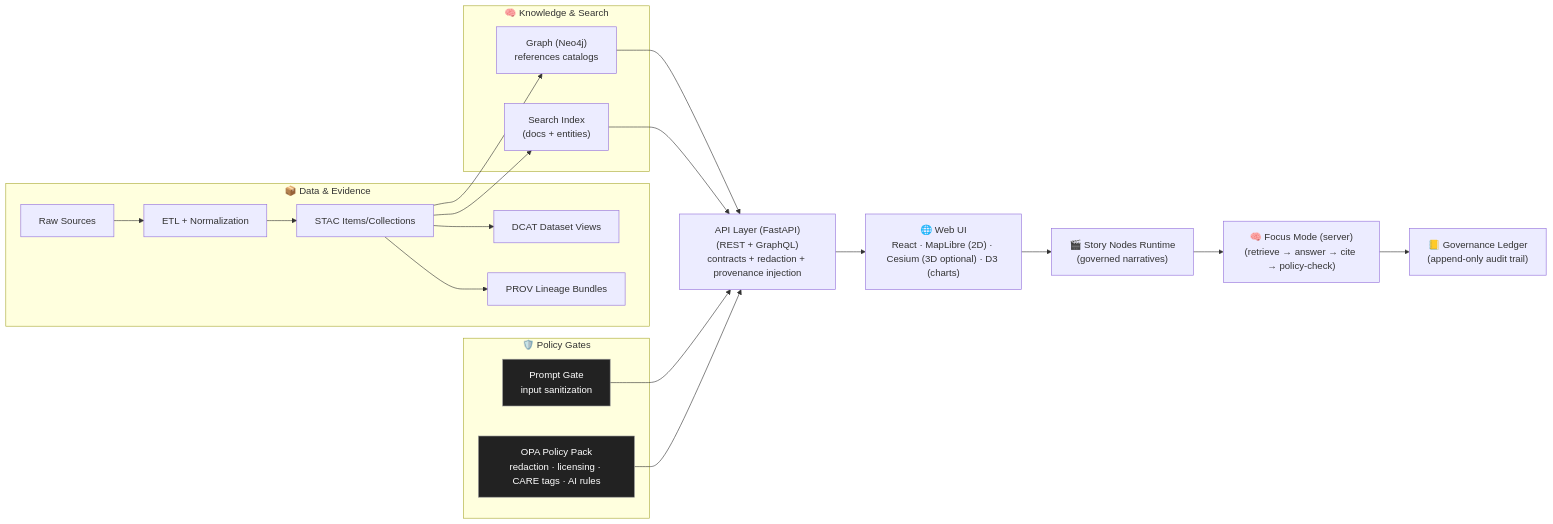
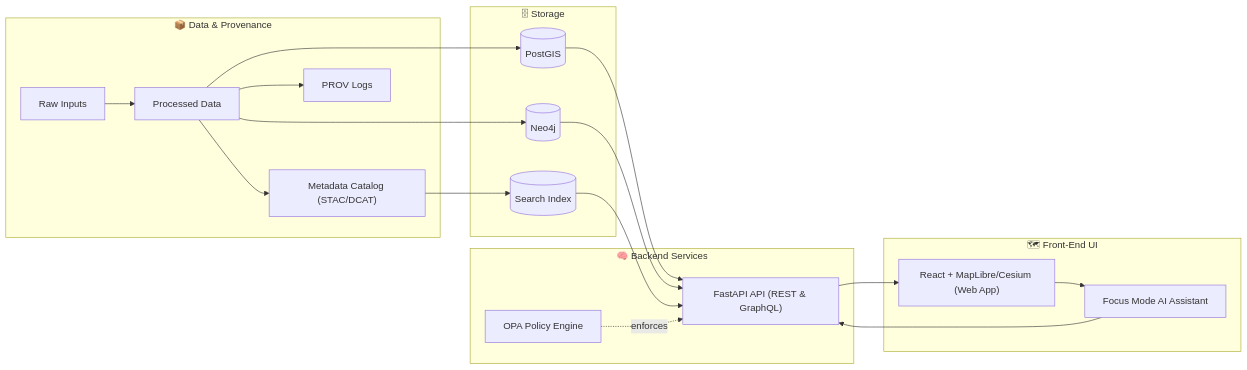
Before and after one commit to bartytime4life/Kansas-Frontier-Matrix: the diagram in web/README.md, drawn with Mermaid. The commit also changed other lines of this file, not shown here.

````diff
--- a/web/README.md
+++ b/web/README.md
@@ -223,31 +31,38 @@
 ```mermaid
 flowchart LR
-  subgraph Data["📦 Data & Evidence"]
-    A["Raw Sources"] --> B["ETL + Normalization"]
-    B --> C["STAC Items/Collections"]
-    C --> D["DCAT Dataset Views"]
-    C --> E["PROV Lineage Bundles"]
+  subgraph Data["📦 Data & Provenance"]
+    raw["Raw Inputs"] --> processed["Processed Data"]
+    processed --> catalog["Metadata Catalog (STAC/DCAT)"]
+    processed --> prov["PROV Logs"]
   end
 
-  subgraph Index["🧠 Knowledge & Search"]
-    C --> G["Graph (Neo4j)<br/>references catalogs"]
-    C --> S["Search Index<br/>(docs + entities)"]
+  subgraph Stores["🗄 Storage"]
+    postgis[(PostGIS)]
+    neo4j[(Neo4j)]
+    search[(Search Index)]
   end
 
-  subgraph Gates["🛡️ Policy Gates"]
-    PG["Prompt Gate<br/>input sanitization"]:::gate
-    P["OPA Policy Pack<br/>redaction · licensing · CARE tags · AI rules"]:::gate
+  subgraph Backend["🧠 Backend Services"]
+    api["FastAPI API (REST & GraphQL)"]
+    policy["OPA Policy Engine"]
   end
 
-  G --> H["API Layer (FastAPI)<br/>(REST + GraphQL)<br/>contracts + redaction + provenance injection"]
-  S --> H
-  PG --> H
-  P --> H
+  subgraph Frontend["🗺 Front-End UI"]
+    ui["React + MapLibre/Cesium (Web App)"]
+    ai["Focus Mode AI Assistant"]
+  end
 
-  H --> I["🌐 Web UI<br/>React · MapLibre (2D) · Cesium (3D optional) · D3 (charts)"]
-  I --> J["🎬 Story Nodes Runtime<br/>(governed narratives)"]
-  J --> K["🧠 Focus Mode (server)<br/>(retrieve → answer → cite → policy-check)"]
-  K --> L["📒 Governance Ledger<br/>(append-only audit trail)"]
+  processed --> postgis
+  processed --> neo4j
+  catalog --> search
 
-  classDef gate fill:#222,color:#fff,stroke:#999,stroke-width:1px;
+  postgis --> api
+  neo4j --> api
+  search --> api
+
+  api --> ui
+  ui --> ai
+  ai --> api
+
+  policy -.enforces.-> api
 ```
````
